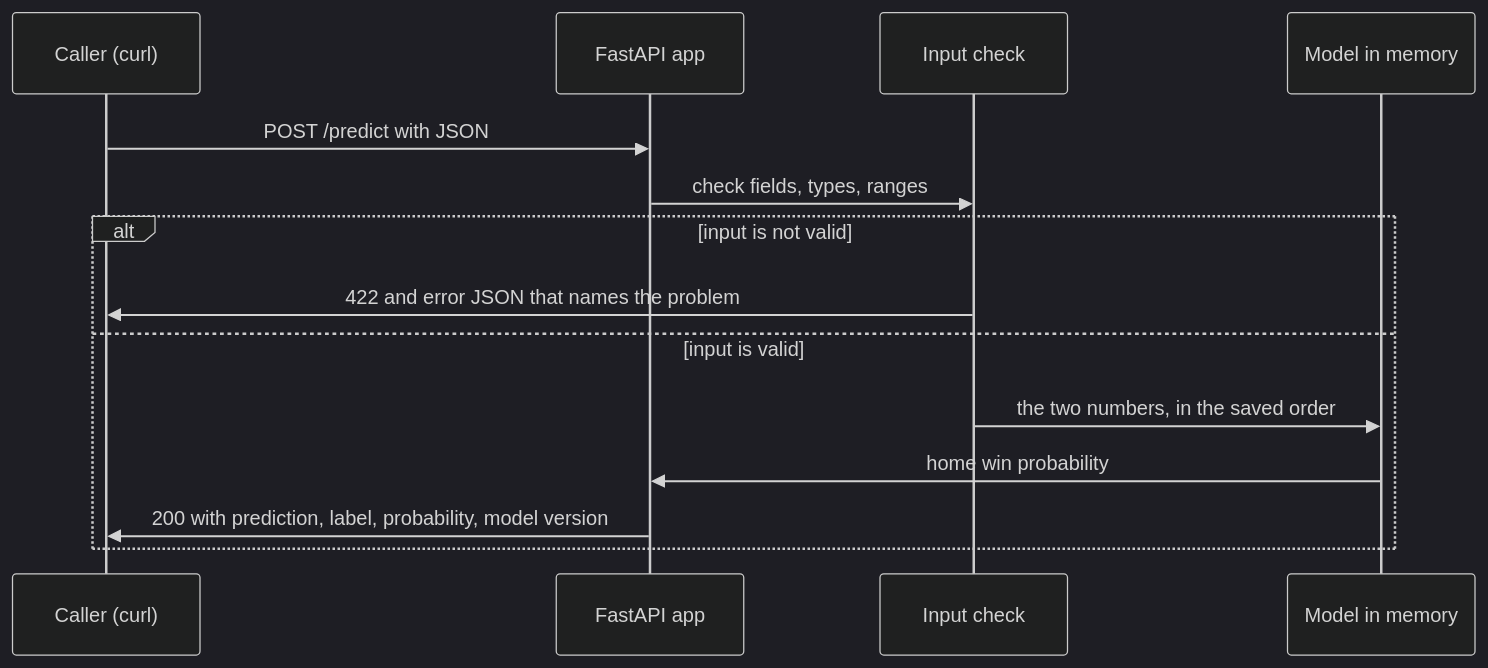
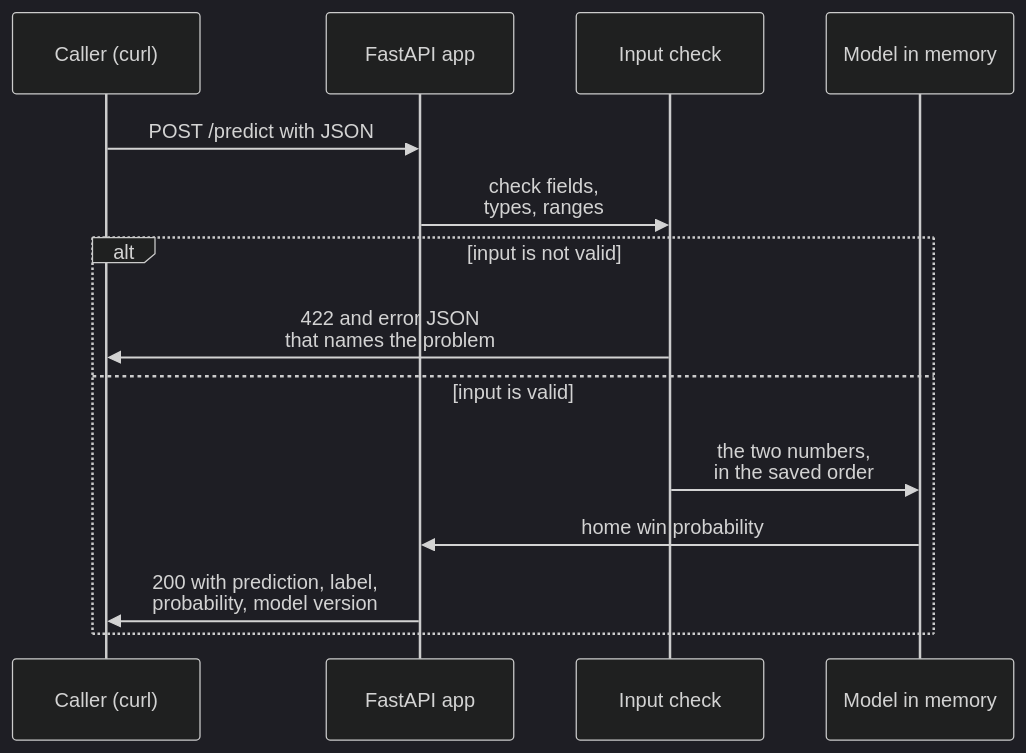
One commit to jconnors23/510-m3-nfl-prediction-analytics changed the second of 3 diagrams in docs/implementation/phase-3/implementation.md. Above: the diagram before and after it, drawn with Mermaid (dark theme). The commit also changed other lines of this file and 47 other files, not shown here.

````diff
--- a/docs/implementation/phase-3/implementation.md
+++ b/docs/implementation/phase-3/implementation.md
@@ -35,16 +35,16 @@
 ```mermaid
 sequenceDiagram
     participant C as Caller (curl)
     participant A as FastAPI app
     participant V as Input check
     participant M as Model in memory
     C->>A: POST /predict with JSON
-    A->>V: check fields, types, ranges
+    A->>V: check fields,<br/>types, ranges
     alt input is not valid
-        V->>C: 422 and error JSON that names the problem
+        V->>C: 422 and error JSON<br/>that names the problem
     else input is valid
-        V->>M: the two numbers, in the saved order
+        V->>M: the two numbers,<br/>in the saved order
         M->>A: home win probability
-        A->>C: 200 with prediction, label, probability, model version
+        A->>C: 200 with prediction, label,<br/>probability, model version
     end
 ```
````
